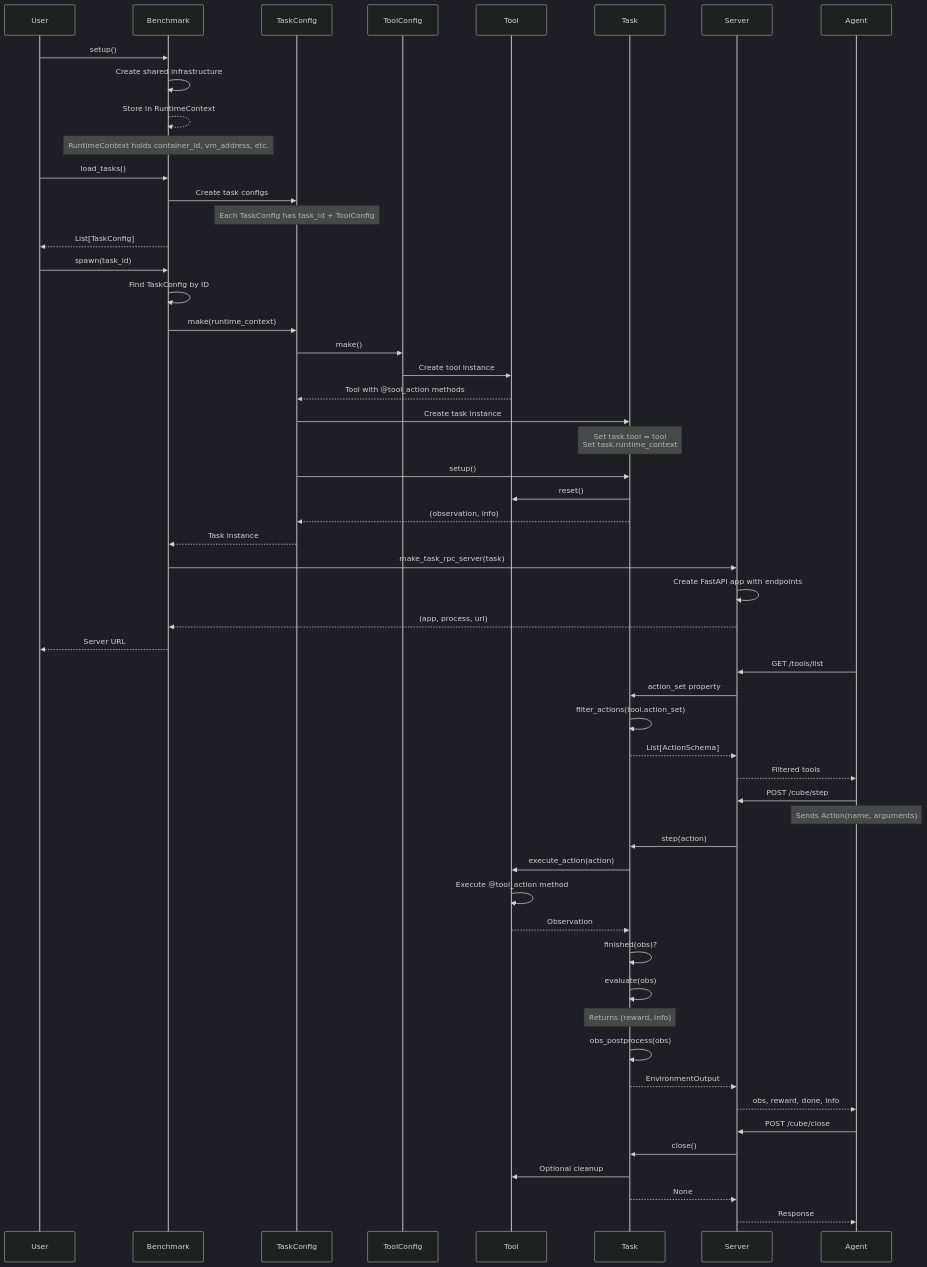
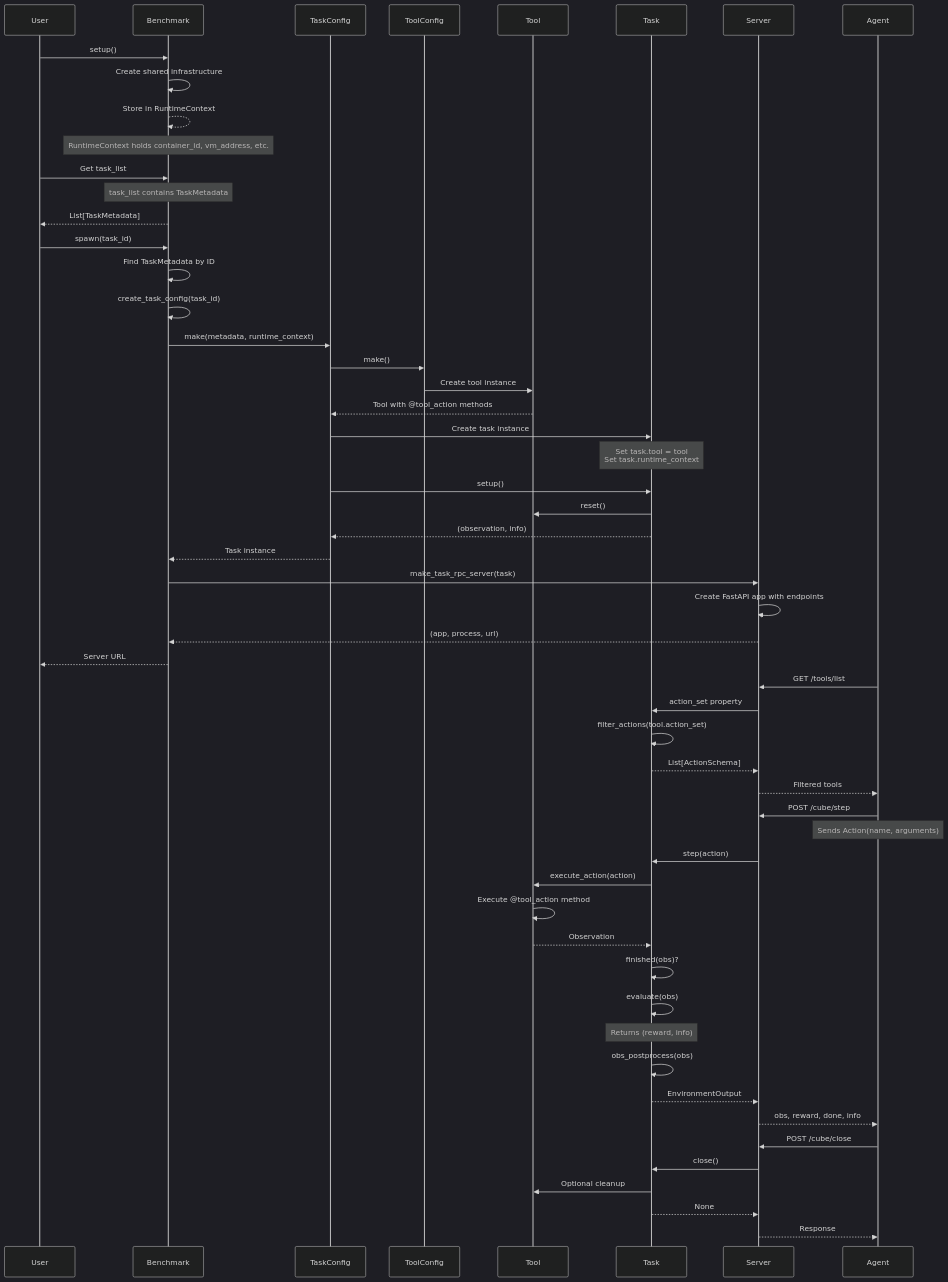
Before and after one commit to The-AI-Alliance/cube-standard: the second of 4 diagrams in architecture-diagram.md, drawn with Mermaid (dark theme). The commit also changed other lines of this file and 3 other files, not shown here.

````diff
--- a/architecture-diagram.md
+++ b/architecture-diagram.md
@@ -67,74 +67,74 @@
 ```mermaid
 sequenceDiagram
     participant User
     participant Benchmark
     participant TaskConfig
     participant ToolConfig
     participant Tool
     participant Task
     participant Server
     participant Agent
 
     %% Setup Phase
     User->>Benchmark: setup()
     Benchmark->>Benchmark: Create shared infrastructure
     Benchmark-->>Benchmark: Store in RuntimeContext
     Note over Benchmark: RuntimeContext holds container_id, vm_address, etc.
 
-    %% Task Loading
-    User->>Benchmark: load_tasks()
-    Benchmark->>TaskConfig: Create task configs
-    Note over TaskConfig: Each TaskConfig has task_id + ToolConfig
-    Benchmark-->>User: List[TaskConfig]
+    %% Get Task Metadata
+    User->>Benchmark: Get task_list
+    Note over Benchmark: task_list contains TaskMetadata
+    Benchmark-->>User: List[TaskMetadata]
 
     %% Spawning a Task Server
     User->>Benchmark: spawn(task_id)
-    Benchmark->>Benchmark: Find TaskConfig by ID
-    Benchmark->>TaskConfig: make(runtime_context)
+    Benchmark->>Benchmark: Find TaskMetadata by ID
+    Benchmark->>Benchmark: create_task_config(task_id)
+    Benchmark->>TaskConfig: make(metadata, runtime_context)
 
     %% Create Tool
     TaskConfig->>ToolConfig: make()
     ToolConfig->>Tool: Create tool instance
     Tool-->>TaskConfig: Tool with @tool_action methods
 
     %% Create Task
     TaskConfig->>Task: Create task instance
     Note over Task: Set task.tool = tool<br/>Set task.runtime_context
     TaskConfig->>Task: setup()
     Task->>Tool: reset()
     Task-->>TaskConfig: (observation, info)
     TaskConfig-->>Benchmark: Task instance
 
     %% Create Server
     Benchmark->>Server: make_task_rpc_server(task)
     Server->>Server: Create FastAPI app with endpoints
     Server-->>Benchmark: (app, process, url)
     Benchmark-->>User: Server URL
 
     %% Task Execution Loop
     Agent->>Server: GET /tools/list
     Server->>Task: action_set property
     Task->>Task: filter_actions(tool.action_set)
     Task-->>Server: List[ActionSchema]
     Server-->>Agent: Filtered tools
 
     Agent->>Server: POST /cube/step
     Note over Agent: Sends Action(name, arguments)
     Server->>Task: step(action)
     Task->>Tool: execute_action(action)
     Tool->>Tool: Execute @tool_action method
     Tool-->>Task: Observation
     Task->>Task: finished(obs)?
     Task->>Task: evaluate(obs)
     Note over Task: Returns (reward, info)
     Task->>Task: obs_postprocess(obs)
     Task-->>Server: EnvironmentOutput
     Server-->>Agent: obs, reward, done, info
 
     %% Cleanup
     Agent->>Server: POST /cube/close
     Server->>Task: close()
     Task->>Tool: Optional cleanup
     Task-->>Server: None
     Server-->>Agent: Response
 ```
````
